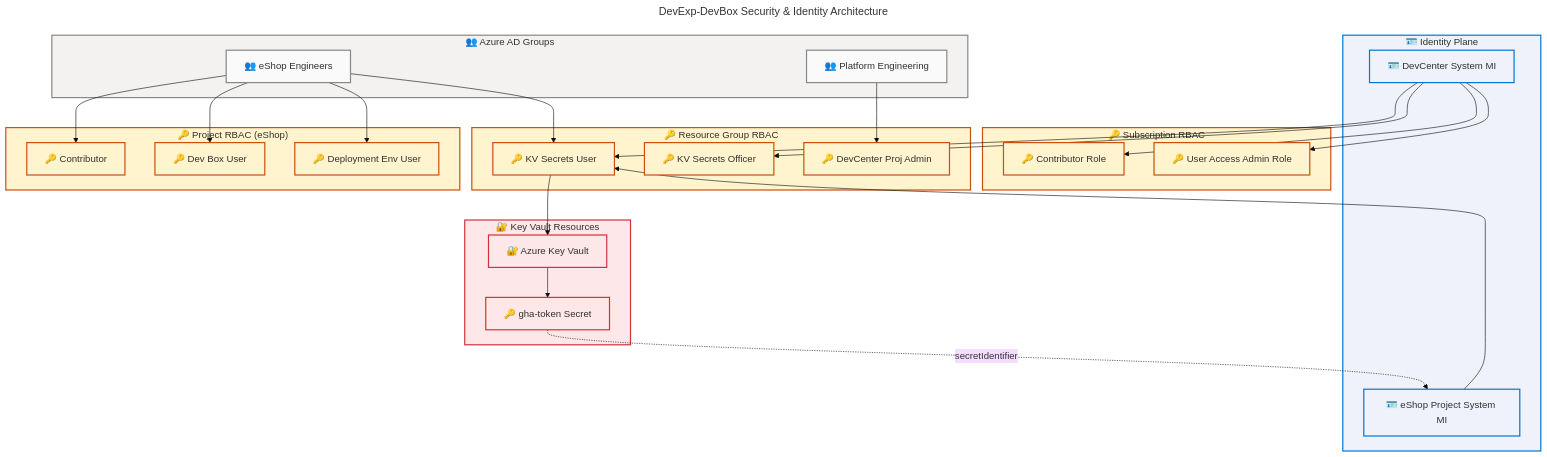
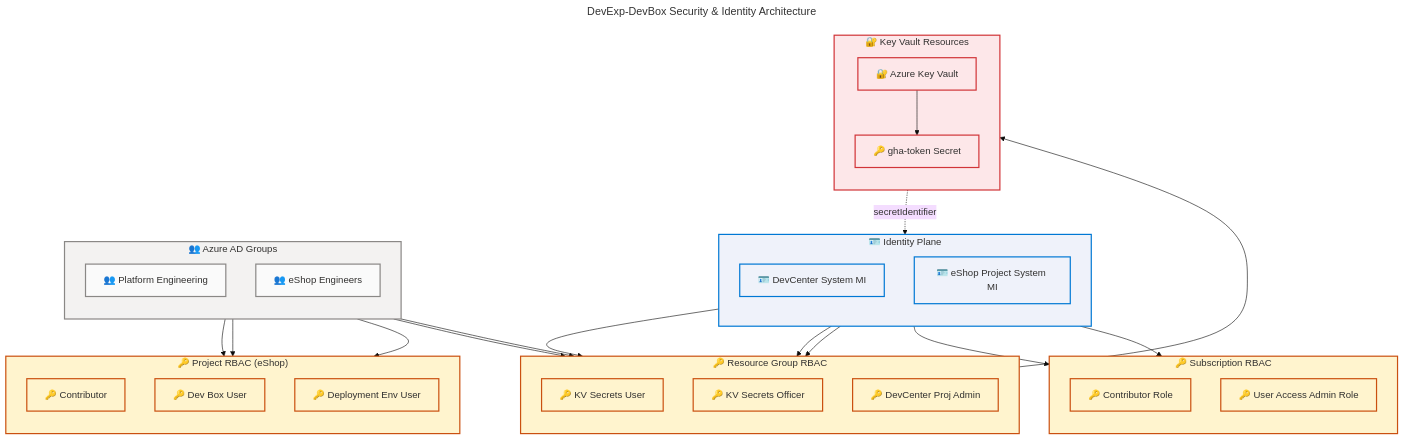
Before and after one commit to Evilazaro/DevExp-DevBox: the third of 4 diagrams in docs/architecture/tech-arch.md, drawn with Mermaid. The commit also changed other lines of this file, not shown here.

Commit message:
Add flow direction to subgraphs in technology architecture diagrams for improved clarity

```diff
--- a/docs/architecture/tech-arch.md
+++ b/docs/architecture/tech-arch.md
@@ -795,33 +802,39 @@
     %% ═══════════════════════════════════════════════════════════════
 
     subgraph IDENT["🪪 Identity Plane"]
+        direction TB
         DC_MI["🪪 DevCenter System MI"]:::identity
         PROJ_MI["🪪 eShop Project System MI"]:::identity
     end
 
     subgraph RBAC_SUB["🔑 Subscription RBAC"]
+        direction TB
         CONTRIB_ROLE["🔑 Contributor Role"]:::security
         UAA_ROLE["🔑 User Access Admin Role"]:::security
     end
 
     subgraph RBAC_RG["🔑 Resource Group RBAC"]
+        direction TB
         KV_USER_ROLE["🔑 KV Secrets User"]:::security
         KV_OFFICER_ROLE["🔑 KV Secrets Officer"]:::security
         DC_PROJ_ADMIN["🔑 DevCenter Proj Admin"]:::security
     end
 
     subgraph RBAC_PROJ["🔑 Project RBAC (eShop)"]
+        direction TB
         PROJ_CONTRIB["🔑 Contributor"]:::security
         DEVBOX_USER["🔑 Dev Box User"]:::security
         ENV_USER["🔑 Deployment Env User"]:::security
     end
 
     subgraph AADGROUPS["👥 Azure AD Groups"]
+        direction TB
         PE_GROUP["👥 Platform Engineering"]:::external
         ESHOP_GROUP["👥 eShop Engineers"]:::external
     end
 
     subgraph KV_RESOURCES["🔐 Key Vault Resources"]
+        direction TB
         KV_VAULT["🔐 Azure Key Vault"]:::kvault
         GHA_TOKEN["🔑 gha-token Secret"]:::kvault
     end
```
